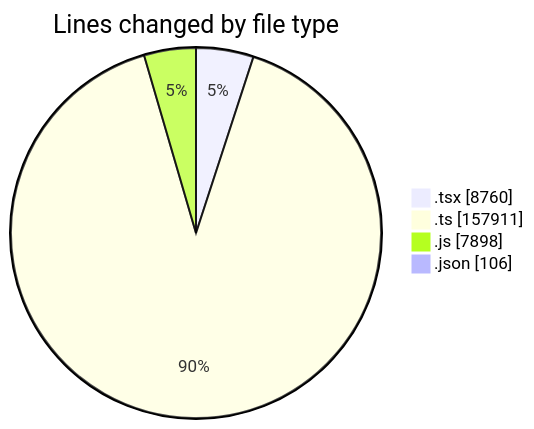
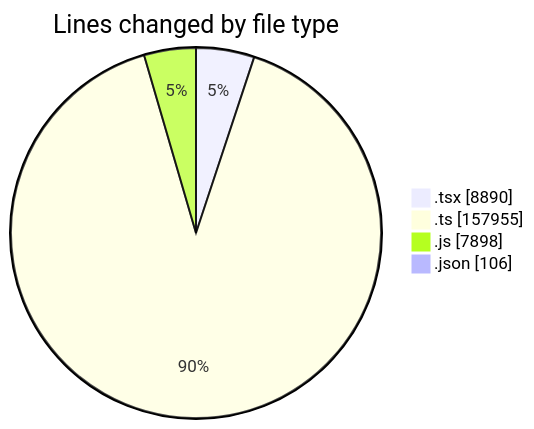
One commit to momahboobian/code-tracking changed the first of 2 diagrams in 2026-07-30/cda/README.md. Above: the diagram before and after it, drawn with Mermaid. The commit also changed other lines of this file and 1 other file, not shown here.

````diff
--- a/2026-07-30/cda/README.md
+++ b/2026-07-30/cda/README.md
@@ -58,8 +58,8 @@
 ```mermaid
 pie showData
 title Lines changed by file type
-".tsx" : 8760
-".ts" : 157911
+".tsx" : 8890
+".ts" : 157955
 ".js" : 7898
 ".json" : 106
 ```
````
